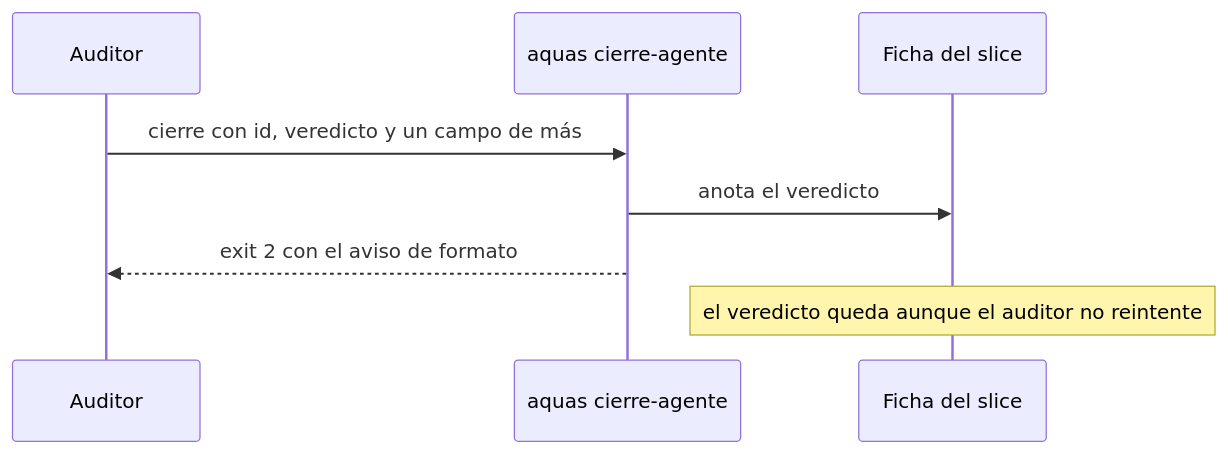
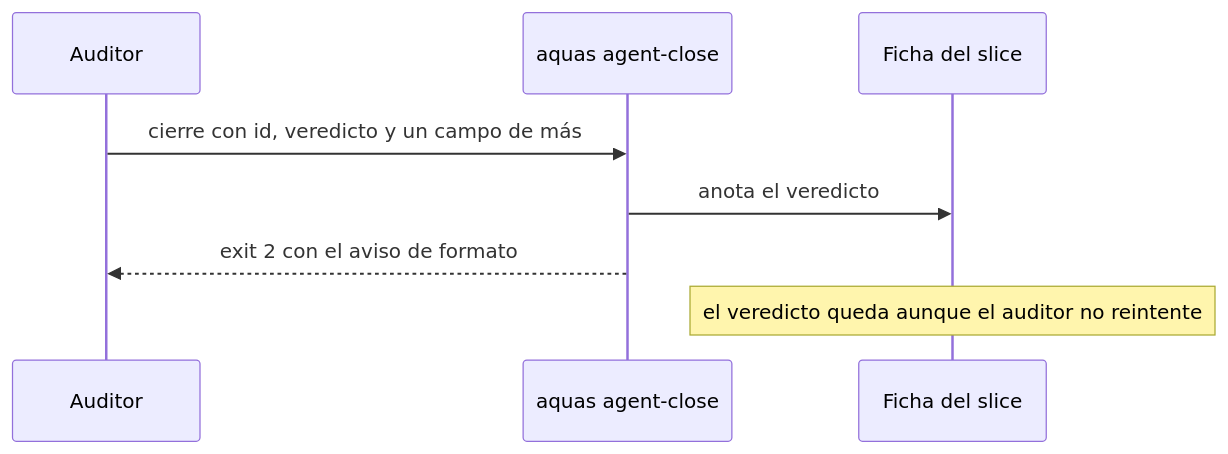
The diagram in docs/E001/F004/S006.md (jliberal-aquas/aquas-central-harness-government), drawn with Mermaid before and after one commit. The commit also changed other lines of this file and 184 other files, not shown here.

````diff
--- a/docs/E001/F004/S006.md
+++ b/docs/E001/F004/S006.md
@@ -58,10 +58,10 @@
 ```mermaid
 sequenceDiagram
     participant A as Auditor
-    participant G as aquas cierre-agente
+    participant G as aquas agent-close
     participant F as Ficha del slice
     A->>G: cierre con id, veredicto y un campo de más
     G->>F: anota el veredicto
     G-->>A: exit 2 con el aviso de formato
     Note over F: el veredicto queda aunque el auditor no reintente
 ```
````
